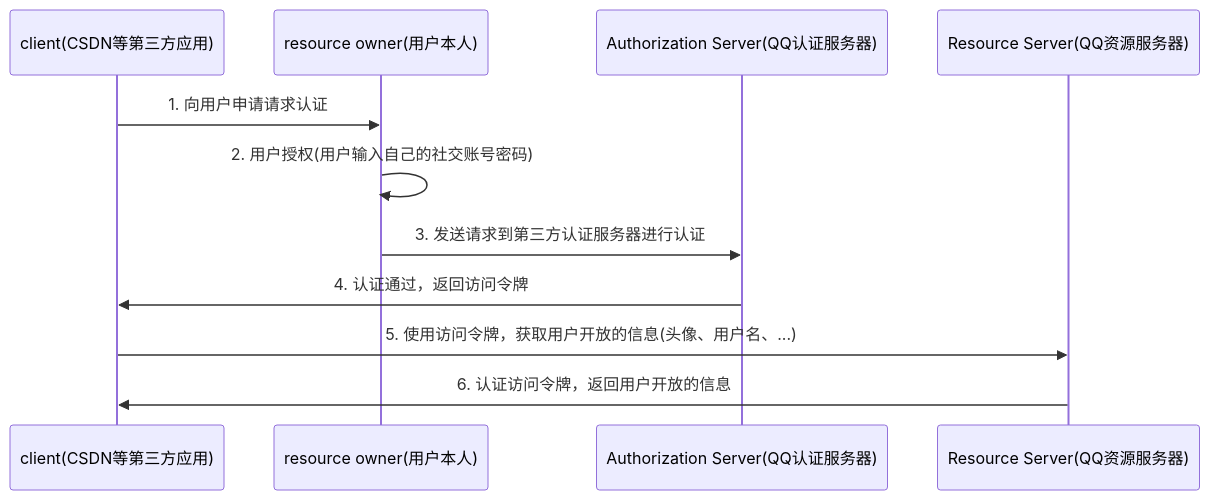
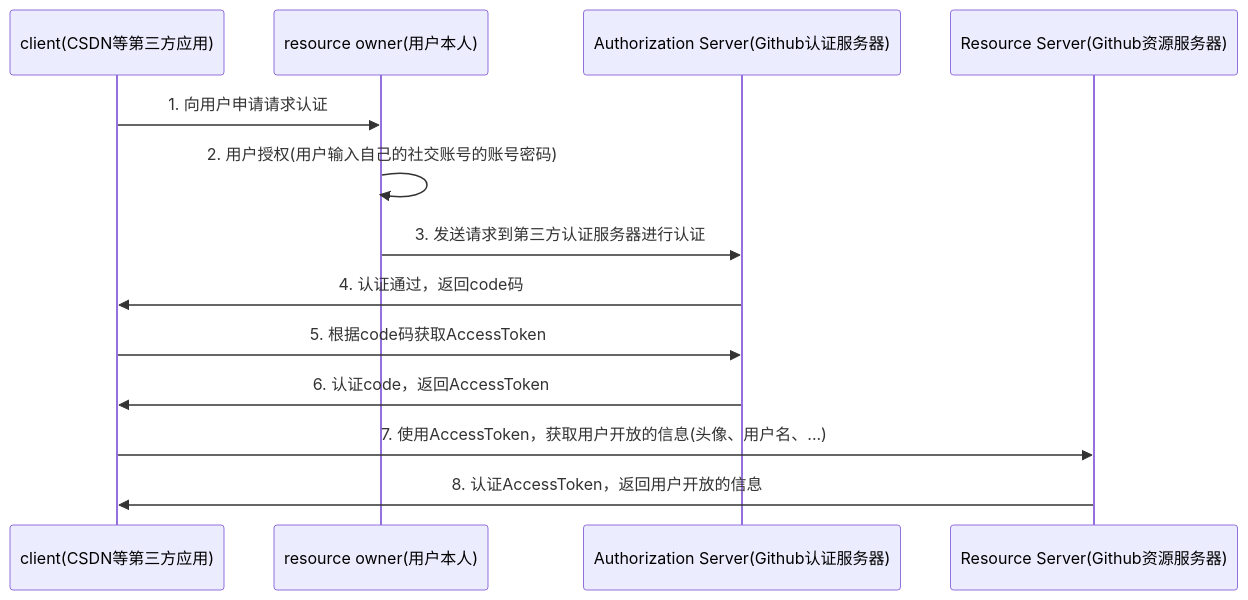
One commit to w1598319840/guliMall changed the diagram in Points.md. Above: the diagram before and after it, drawn with Mermaid. The commit also changed other lines of this file and 25 other files, not shown here.

Commit message:
社交登录功能实现 这里我是基于Github的，其实原理不难，就是过程比较繁琐，具体流程图见`Points.md`

````diff
--- a/Points.md
+++ b/Points.md
@@ -5,13 +7,15 @@
 ```mermaid
     sequenceDiagram
     participant A as client(CSDN等第三方应用)
     participant B as resource owner(用户本人)
-    participant C as Authorization Server(QQ认证服务器)
-    participant D as Resource Server(QQ资源服务器)
+    participant C as Authorization Server(Github认证服务器)
+    participant D as Resource Server(Github资源服务器)
     A ->> B: 1. 向用户申请请求认证
-    B ->> B: 2. 用户授权(用户输入自己的社交账号密码)
+    B ->> B: 2. 用户授权(用户输入自己的社交账号的账号密码)
     B ->> C: 3. 发送请求到第三方认证服务器进行认证
-    C ->> A: 4. 认证通过，返回访问令牌
-    A ->> D: 5. 使用访问令牌，获取用户开放的信息(头像、用户名、...)
-    D ->> A: 6. 认证访问令牌，返回用户开放的信息
+    C ->> A: 4. 认证通过，返回code码
+    A ->> C: 5. 根据code码获取AccessToken
+    C ->> A: 6. 认证code，返回AccessToken
+    A ->> D: 7. 使用AccessToken，获取用户开放的信息(头像、用户名、...)
+    D ->> A: 8. 认证AccessToken，返回用户开放的信息
 ```
````
